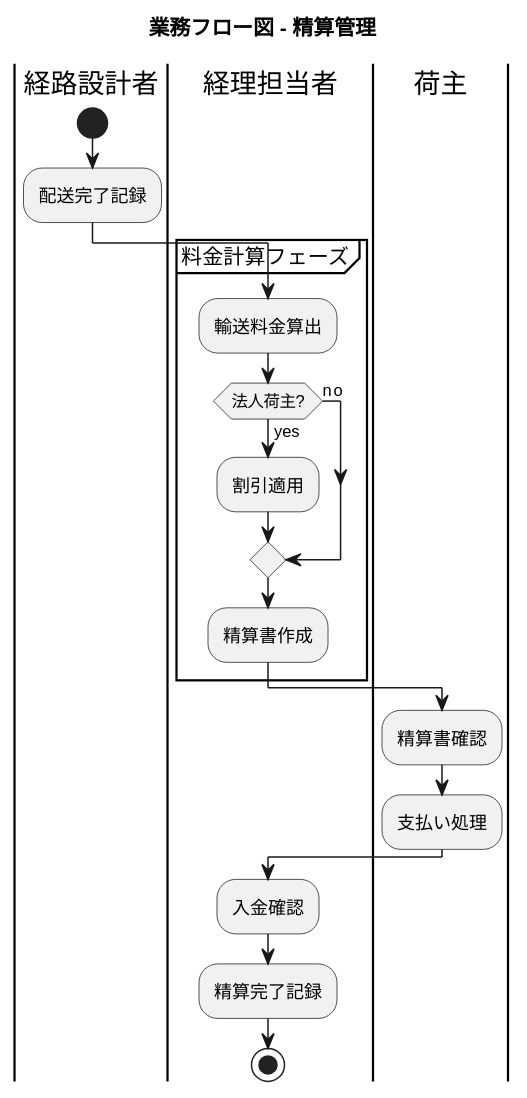
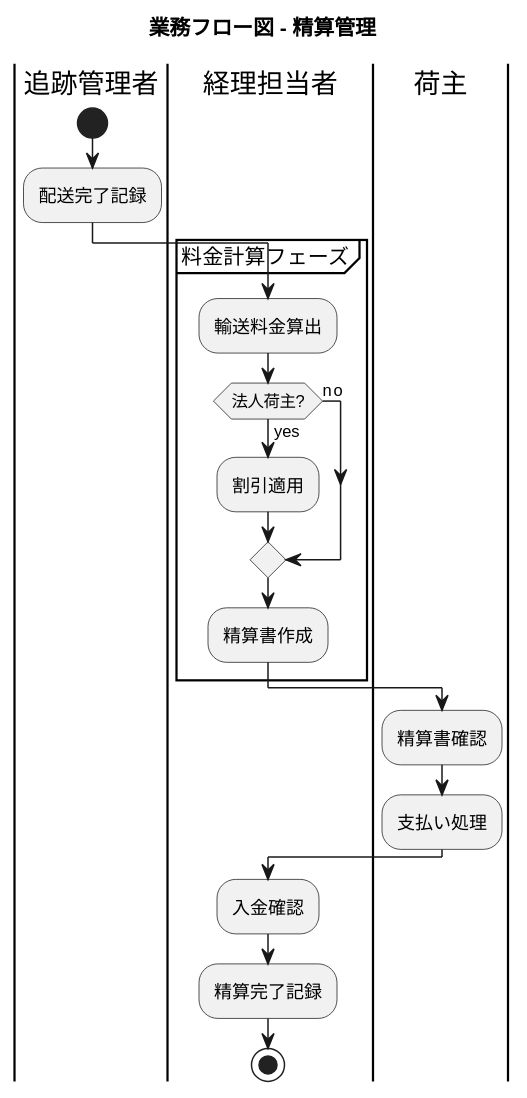
Before and after one commit to k2works/case-study-cargo-tracker: diagram 11 of 21 in docs/requirements/requirements_definition.md, drawn with PlantUML. The commit also changed other lines of this file and 3 other files, not shown here.

````diff
--- a/docs/requirements/requirements_definition.md
+++ b/docs/requirements/requirements_definition.md
@@ -433,30 +586,30 @@
 ```plantuml
 @startuml
 
 title 業務フロー図 - 精算管理
 
-|経路設計者|
+|追跡管理者|
 start
 :配送完了記録;
 
 |経理担当者|
 partition 料金計算フェーズ {
   :輸送料金算出;
   if (法人荷主?) then (yes)
     :割引適用;
   else (no)
   endif
   :精算書作成;
 }
 
 |荷主|
 :精算書確認;
 :支払い処理;
 
 |経理担当者|
 :入金確認;
 :精算完了記録;
 stop
 
 @enduml
 ```
````
